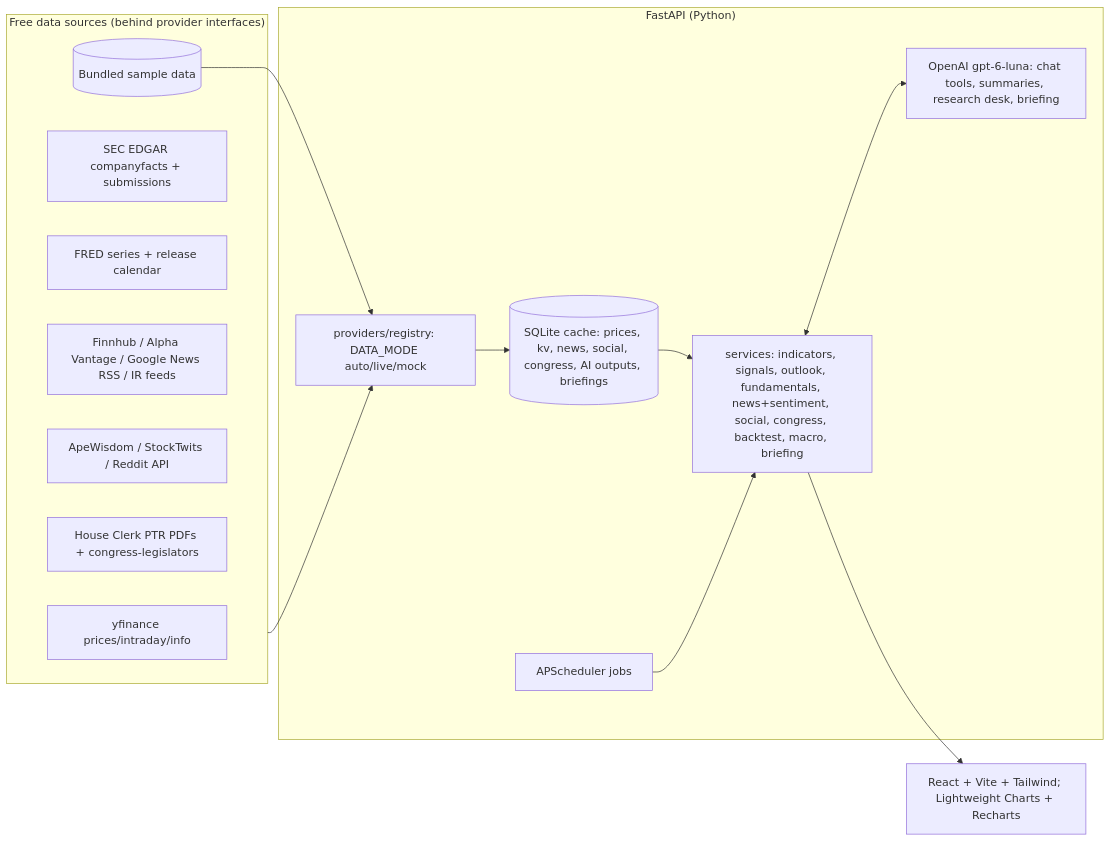
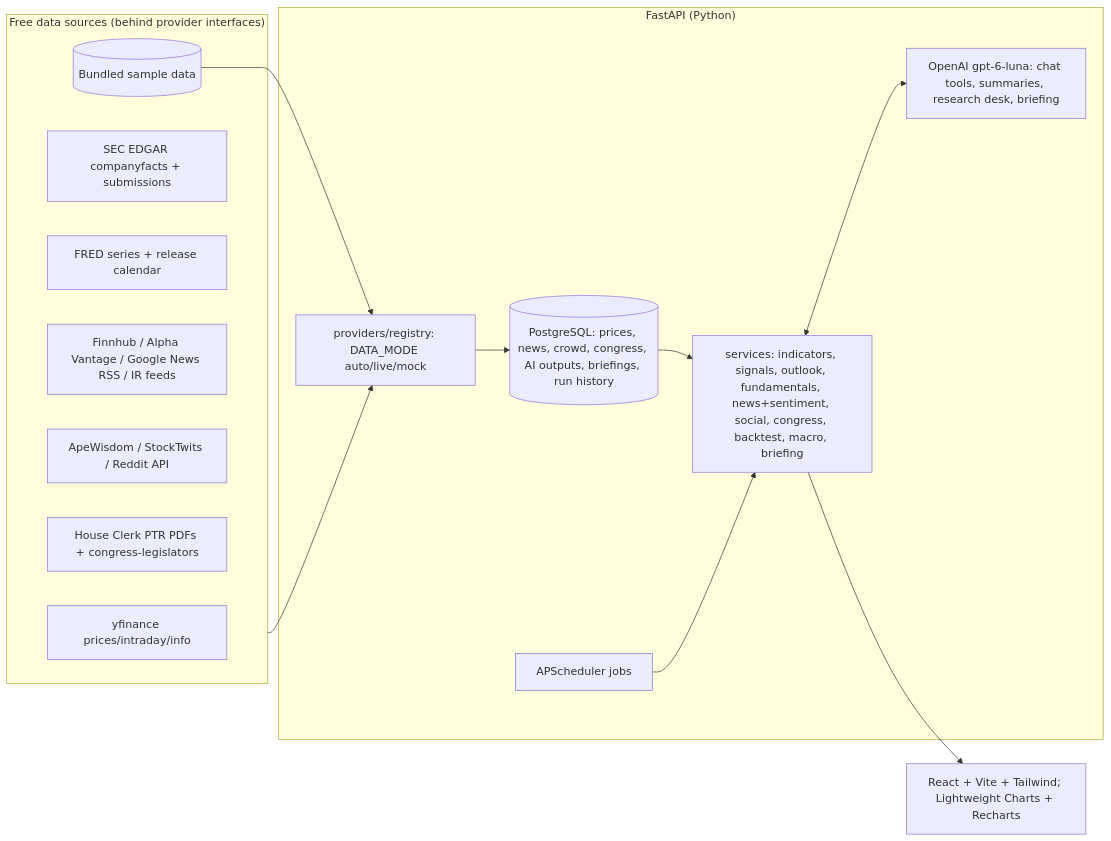
Before and after one commit to ramakrishnast/marketlens: the diagram in README.md, drawn with Mermaid. The commit also changed other lines of this file and 17 other files, not shown here.

First line of the commit message:
PostgreSQL in Docker for incremental data collection

````diff
--- a/README.md
+++ b/README.md
@@ -176,24 +225,24 @@
 ```mermaid
 flowchart LR
   subgraph Sources["Free data sources (behind provider interfaces)"]
     YF[yfinance prices/intraday/info]
     SEC[SEC EDGAR companyfacts + submissions]
     FRED[FRED series + release calendar]
     NEWS[Finnhub / Alpha Vantage / Google News RSS / IR feeds]
     SOC[ApeWisdom / StockTwits / Reddit API]
     HOUSE[House Clerk PTR PDFs + congress-legislators]
     FIX[(Bundled sample data)]
   end
   subgraph Backend["FastAPI (Python)"]
     REG[providers/registry: DATA_MODE auto/live/mock]
-    DB[(SQLite cache: prices, kv, news, social, congress, AI outputs, briefings)]
+    DB[(PostgreSQL: prices, news, crowd, congress, AI outputs, briefings, run history)]
     SVC[services: indicators, signals, outlook, fundamentals, news+sentiment, social, congress, backtest, macro, briefing]
     AI[OpenAI gpt-6-luna: chat tools, summaries, research desk, briefing]
     SCH[APScheduler jobs]
   end
   UI[React + Vite + Tailwind; Lightweight Charts + Recharts]
   Sources --> REG --> DB --> SVC --> UI
   FIX --> REG
   SVC <--> AI
   SCH --> SVC
 ```
````
